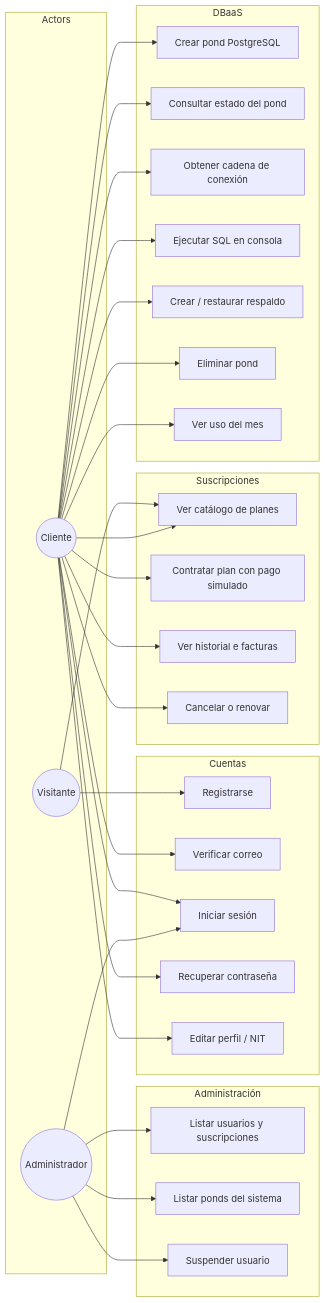
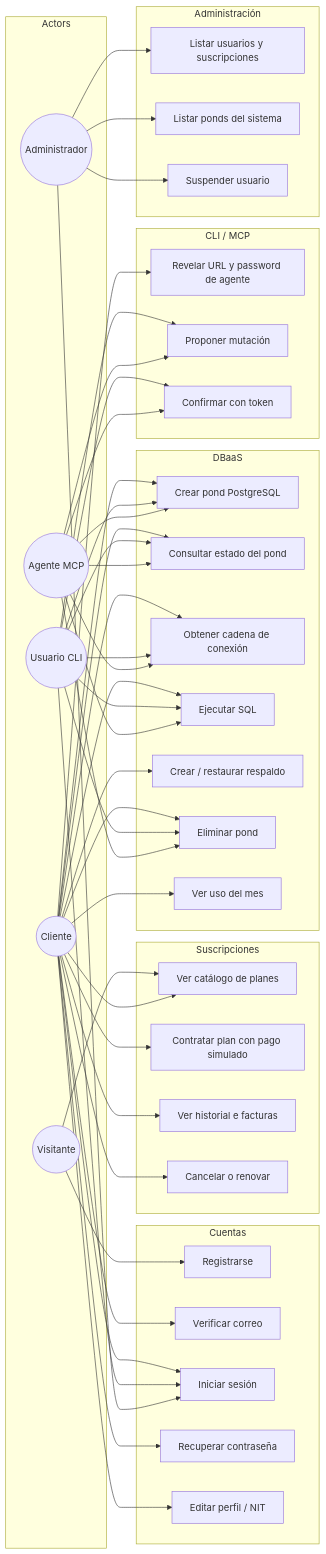
One commit to carloshugoeg/koicloud-entrega-2 changed the diagram in diagramas/03-casos-de-uso.mmd. Above: the diagram before and after it, drawn with Mermaid. The commit also changed 26 other files, not shown here.

First line of the commit message:
Amend Entrega 2 scope: Web + CLI + MCP thin clients

```diff
--- a/diagramas/03-casos-de-uso.mmd
+++ b/diagramas/03-casos-de-uso.mmd
@@ -1,59 +1,83 @@
 flowchart LR
     subgraph Actors
         C((Cliente))
         A((Administrador))
         V((Visitante))
+        M((Agente MCP))
+        L((Usuario CLI))
     end
 
     subgraph UC_Auth["Cuentas"]
         UC1[Registrarse]
         UC2[Verificar correo]
         UC3[Iniciar sesión]
         UC4[Recuperar contraseña]
         UC5[Editar perfil / NIT]
     end
 
     subgraph UC_Bill["Suscripciones"]
         UC6[Ver catálogo de planes]
         UC7[Contratar plan con pago simulado]
         UC8[Ver historial e facturas]
         UC9[Cancelar o renovar]
     end
 
     subgraph UC_Pond["DBaaS"]
         UC10[Crear pond PostgreSQL]
         UC11[Consultar estado del pond]
         UC12[Obtener cadena de conexión]
-        UC13[Ejecutar SQL en consola]
+        UC13[Ejecutar SQL]
         UC14[Crear / restaurar respaldo]
         UC15[Eliminar pond]
         UC16[Ver uso del mes]
+    end
+
+    subgraph UC_Agent["CLI / MCP"]
+        UC20[Revelar URL y password de agente]
+        UC21[Proponer mutación]
+        UC22[Confirmar con token]
     end
 
     subgraph UC_Admin["Administración"]
         UC17[Listar usuarios y suscripciones]
         UC18[Listar ponds del sistema]
         UC19[Suspender usuario]
     end
 
     V --> UC1
     V --> UC6
     C --> UC2
     C --> UC3
     C --> UC4
     C --> UC5
     C --> UC6
     C --> UC7
     C --> UC8
     C --> UC9
     C --> UC10
     C --> UC11
     C --> UC12
     C --> UC13
     C --> UC14
     C --> UC15
     C --> UC16
+    C --> UC20
+    L --> UC3
+    L --> UC10
+    L --> UC11
+    L --> UC12
+    L --> UC13
+    L --> UC15
+    L --> UC21
+    L --> UC22
+    M --> UC10
+    M --> UC11
+    M --> UC12
+    M --> UC13
+    M --> UC15
+    M --> UC21
+    M --> UC22
     A --> UC3
     A --> UC17
     A --> UC18
     A --> UC19
```
